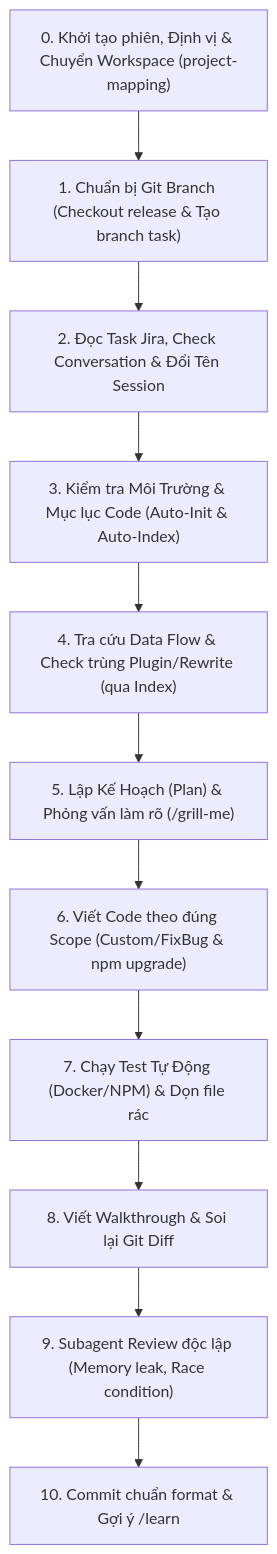
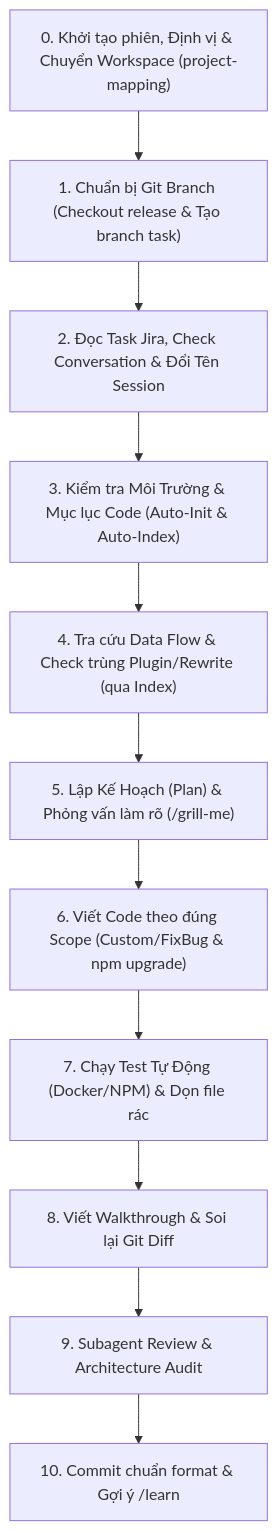
The diagram in rules/user-workflow-and-goals.md (adamphh/study-ai-antigravity-skills), drawn with Mermaid before and after one commit. The commit also changed other lines of this file and 78 other files, not shown here.

Commit message:
feat: standardize custom skills with adam- prefix, add SQL security audit to subagent reviewer, and add adam-audit-memory

````diff
--- a/rules/user-workflow-and-goals.md
+++ b/rules/user-workflow-and-goals.md
@@ -18,13 +19,13 @@
 ```mermaid
 flowchart TD
     A["0. Khởi tạo phiên, Định vị & Chuyển Workspace (project-mapping)"] --> B["1. Chuẩn bị Git Branch (Checkout release & Tạo branch task)"]
     B --> C["2. Đọc Task Jira, Check Conversation & Đổi Tên Session"]
     C --> D["3. Kiểm tra Môi Trường & Mục lục Code (Auto-Init & Auto-Index)"]
     D --> E["4. Tra cứu Data Flow & Check trùng Plugin/Rewrite (qua Index)"]
     E --> F["5. Lập Kế Hoạch (Plan) & Phỏng vấn làm rõ (/grill-me)"]
     F --> G["6. Viết Code theo đúng Scope (Custom/FixBug & npm upgrade)"]
     G --> H["7. Chạy Test Tự Động (Docker/NPM) & Dọn file rác"]
     H --> I["8. Viết Walkthrough & Soi lại Git Diff"]
-    I --> J["9. Subagent Review độc lập (Memory leak, Race condition)"]
+    I --> J["9. Subagent Review & Architecture Audit"]
     J --> K["10. Commit chuẩn format & Gợi ý /learn"]
 ```
````
